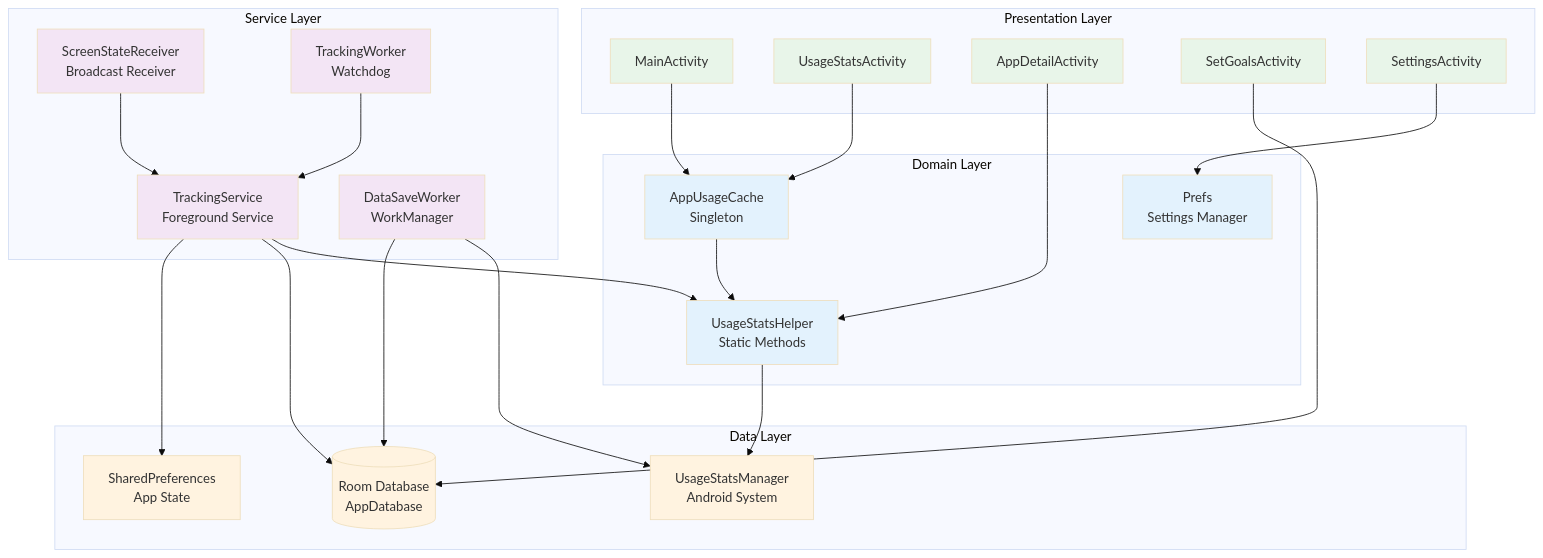
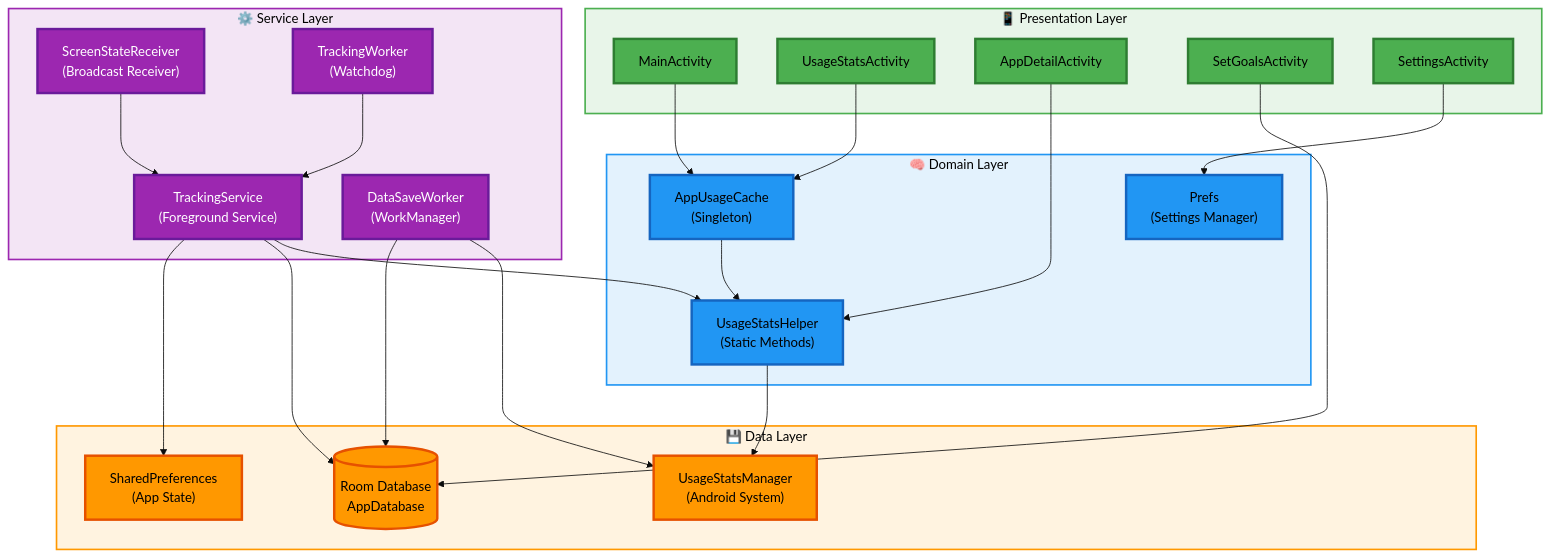
One commit to kumarpiyushraj/MinST-Minimize-Screen-Time changed the fourth of 7 diagrams in README.md. Above: the diagram before and after it, drawn with Mermaid (base theme). The commit also changed other lines of this file, not shown here.

Commit message:
Refactor architecture diagram and styles in README

````diff
--- a/README.md
+++ b/README.md
@@ -375,62 +375,67 @@
 ```mermaid
 graph TB
-    subgraph Presentation Layer
-        A1[MainActivity]
-        A2[UsageStatsActivity]
-        A3[AppDetailActivity]
-        A4[SetGoalsActivity]
-        A5[SettingsActivity]
+    subgraph PresentationLayer["📱 Presentation Layer"]
+        A1["MainActivity"]
+        A2["UsageStatsActivity"]
+        A3["AppDetailActivity"]
+        A4["SetGoalsActivity"]
+        A5["SettingsActivity"]
     end
     
-    subgraph Domain Layer
-        B1[AppUsageCache<br/>Singleton]
-        B2[UsageStatsHelper<br/>Static Methods]
-        B3[Prefs<br/>Settings Manager]
+    subgraph DomainLayer["🧠 Domain Layer"]
+        B1["AppUsageCache<br/>(Singleton)"]
+        B2["UsageStatsHelper<br/>(Static Methods)"]
+        B3["Prefs<br/>(Settings Manager)"]
     end
     
-    subgraph Data Layer
-        C1[(Room Database<br/>AppDatabase)]
-        C2[SharedPreferences<br/>App State]
-        C3[UsageStatsManager<br/>Android System]
+    subgraph DataLayer["💾 Data Layer"]
+        C1[("Room Database<br/>AppDatabase")]
+        C2["SharedPreferences<br/>(App State)"]
+        C3["UsageStatsManager<br/>(Android System)"]
     end
     
-    subgraph Service Layer
-        D1[TrackingService<br/>Foreground Service]
-        D2[ScreenStateReceiver<br/>Broadcast Receiver]
-        D3[DataSaveWorker<br/>WorkManager]
-        D4[TrackingWorker<br/>Watchdog]
+    subgraph ServiceLayer["⚙️ Service Layer"]
+        D1["TrackingService<br/>(Foreground Service)"]
+        D2["ScreenStateReceiver<br/>(Broadcast Receiver)"]
+        D3["DataSaveWorker<br/>(WorkManager)"]
+        D4["TrackingWorker<br/>(Watchdog)"]
     end
     
     A1 --> B1
     A2 --> B1
     A3 --> B2
     A4 --> C1
     A5 --> B3
     
     B1 --> B2
     B2 --> C3
     
     D1 --> B2
     D1 --> C1
     D1 --> C2
     D2 --> D1
     D3 --> C3
     D3 --> C1
     D4 --> D1
     
-    style A1 fill:#E8F5E9
-    style A2 fill:#E8F5E9
-    style A3 fill:#E8F5E9
-    style A4 fill:#E8F5E9
-    style A5 fill:#E8F5E9
-    style B1 fill:#E3F2FD
-    style B2 fill:#E3F2FD
-    style B3 fill:#E3F2FD
-    style C1 fill:#FFF3E0
-    style C2 fill:#FFF3E0
-    style C3 fill:#FFF3E0
-    style D1 fill:#F3E5F5
-    style D2 fill:#F3E5F5
-    style D3 fill:#F3E5F5
-    style D4 fill:#F3E5F5
+    style A1 fill:#4CAF50,stroke:#2E7D32,stroke-width:3px,color:#000
+    style A2 fill:#4CAF50,stroke:#2E7D32,stroke-width:3px,color:#000
+    style A3 fill:#4CAF50,stroke:#2E7D32,stroke-width:3px,color:#000
+    style A4 fill:#4CAF50,stroke:#2E7D32,stroke-width:3px,color:#000
+    style A5 fill:#4CAF50,stroke:#2E7D32,stroke-width:3px,color:#000
+    style B1 fill:#2196F3,stroke:#1565C0,stroke-width:3px,color:#000
+    style B2 fill:#2196F3,stroke:#1565C0,stroke-width:3px,color:#000
+    style B3 fill:#2196F3,stroke:#1565C0,stroke-width:3px,color:#000
+    style C1 fill:#FF9800,stroke:#E65100,stroke-width:3px,color:#000
+    style C2 fill:#FF9800,stroke:#E65100,stroke-width:3px,color:#000
+    style C3 fill:#FF9800,stroke:#E65100,stroke-width:3px,color:#000
+    style D1 fill:#9C27B0,stroke:#6A1B9A,stroke-width:3px,color:#fff
+    style D2 fill:#9C27B0,stroke:#6A1B9A,stroke-width:3px,color:#fff
+    style D3 fill:#9C27B0,stroke:#6A1B9A,stroke-width:3px,color:#fff
+    style D4 fill:#9C27B0,stroke:#6A1B9A,stroke-width:3px,color:#fff
+    
+    style PresentationLayer fill:#E8F5E9,stroke:#4CAF50,stroke-width:2px,color:#000
+    style DomainLayer fill:#E3F2FD,stroke:#2196F3,stroke-width:2px,color:#000
+    style DataLayer fill:#FFF3E0,stroke:#FF9800,stroke-width:2px,color:#000
+    style ServiceLayer fill:#F3E5F5,stroke:#9C27B0,stroke-width:2px,color:#000
 ```
````
